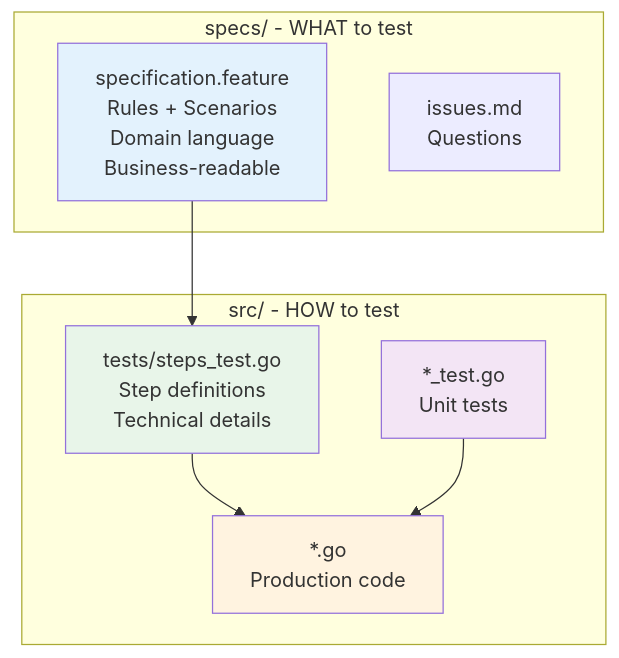
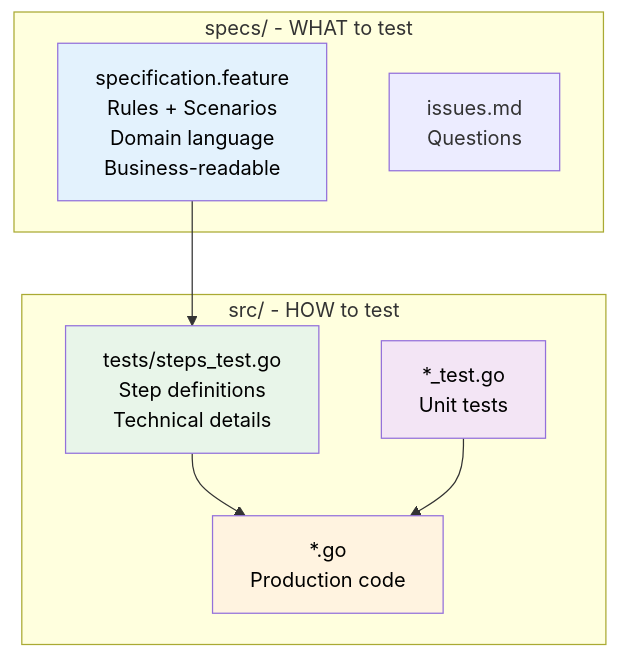
The fifth of 5 diagrams in docs/explanation/specifications/three-layer-approach.md (ready-to-release/eac), drawn with Mermaid before and after one commit. The commit also changed other lines of this file and 49 other files, not shown here.

````diff
--- a/docs/explanation/specifications/three-layer-approach.md
+++ b/docs/explanation/specifications/three-layer-approach.md
@@ -293,22 +294,22 @@
 ```mermaid
 flowchart TD
     subgraph Specs["specs/ - WHAT to test"]
         SpecFile[specification.feature<br/>Rules + Scenarios<br/>Domain language<br/>Business-readable]
         Issues[issues.md<br/>Questions]
     end
 
     subgraph Src["src/ - HOW to test"]
         Steps[tests/steps_test.go<br/>Step definitions<br/>Technical details]
         Unit[*_test.go<br/>Unit tests]
         Impl[*.go<br/>Production code]
     end
 
     SpecFile --> Steps
     Steps --> Impl
     Unit --> Impl
 
-    style SpecFile fill:#e3f2fd
-    style Steps fill:#e8f5e9
-    style Unit fill:#f3e5f5
-    style Impl fill:#fff3e0
+    style SpecFile fill:#e3f2fd,color:#000
+    style Steps fill:#e8f5e9,color:#000
+    style Unit fill:#f3e5f5,color:#000
+    style Impl fill:#fff3e0,color:#000
 ```
````
